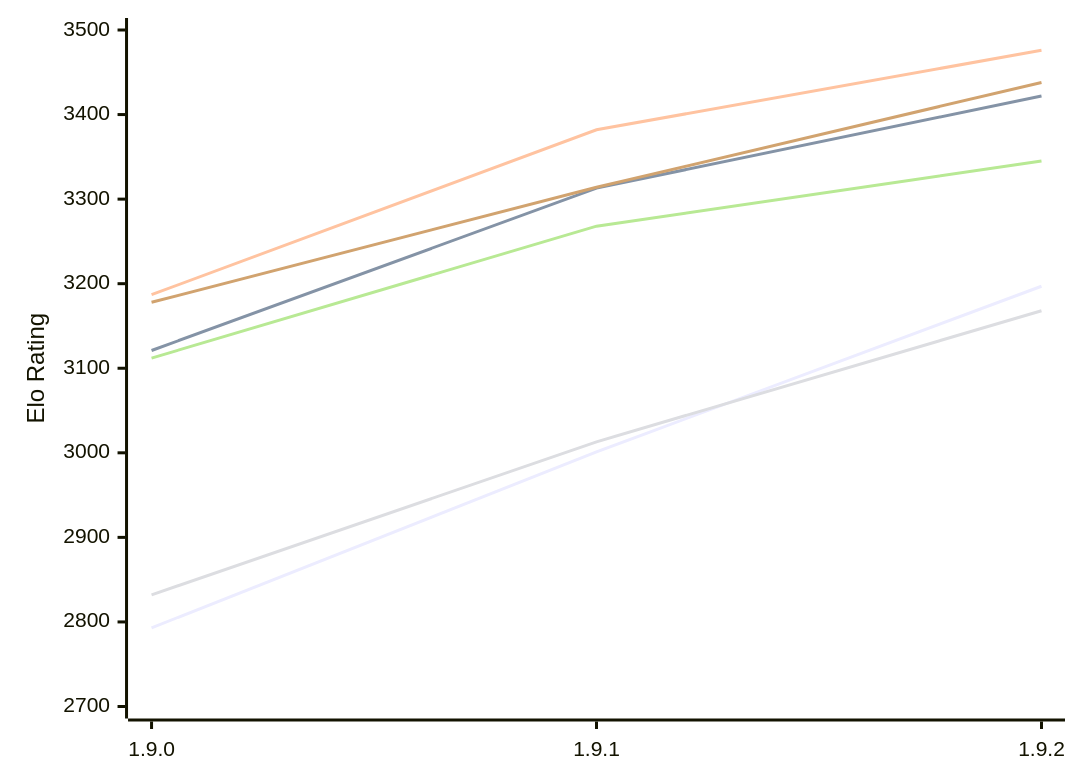
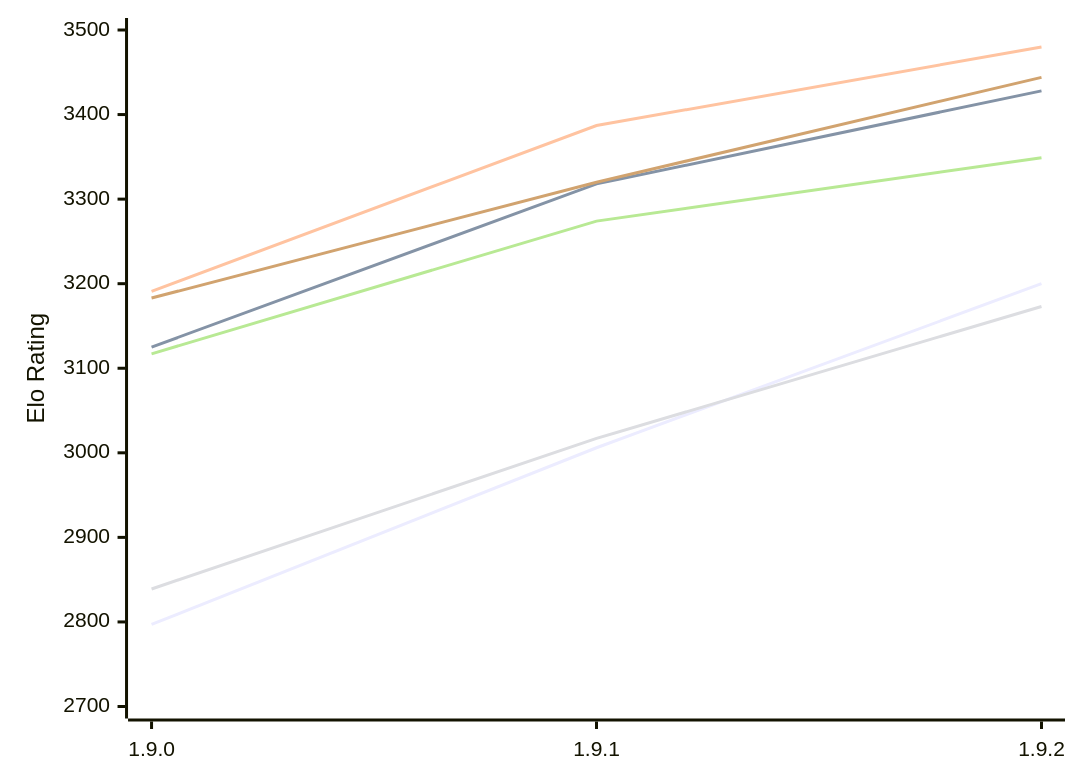
Before and after one commit to computer-chess-index/cci: the diagram in engines/Superpawn.md, drawn with Mermaid. The commit also changed other lines of this file, not shown here.

Commit message:
Update CCI Ratings (ELO VLTC) - 2026-11-20

````diff
--- a/engines/Superpawn.md
+++ b/engines/Superpawn.md
@@ -51,12 +51,12 @@
 ```mermaid
 %%{init: {"theme":"base","themeVariables":{"seriesColors:['#a3a3a3','#222221','#faa371']}}}%%
 xychart-beta
   x-axis ["1.9.0", "1.9.1", "1.9.2"]
   y-axis "Elo Rating" 2700 --> 3500
-  line "E1: STC (8.0+0.08s)" [2793, 3001, 3197]
-  line "E1: LTC (60.0+0.60s)" [3121, 3313, 3422]
-  line "E1: VLTC (2m24s+1.12s)" [3187, 3382, 3476]
-  line "P1: STC (8.0+0.08s)" [2832, 3013, 3168]
-  line "P1: LTC (60.0+0.60s)" [3112, 3268, 3345]
-  line "P1: VLTC (2m24s+1.12s)" [3178, 3314, 3438]
+  line "E1: STC (8.0+0.08s)" [2797, 3006, 3200]
+  line "E1: LTC (60.0+0.60s)" [3125, 3318, 3428]
+  line "E1: VLTC (2m24s+1.12s)" [3191, 3387, 3480]
+  line "P1: STC (8.0+0.08s)" [2839, 3017, 3173]
+  line "P1: LTC (60.0+0.60s)" [3117, 3274, 3349]
+  line "P1: VLTC (2m24s+1.12s)" [3183, 3320, 3444]
 ```
````
